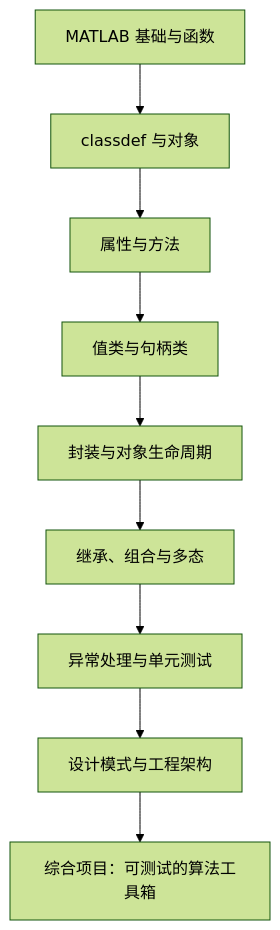
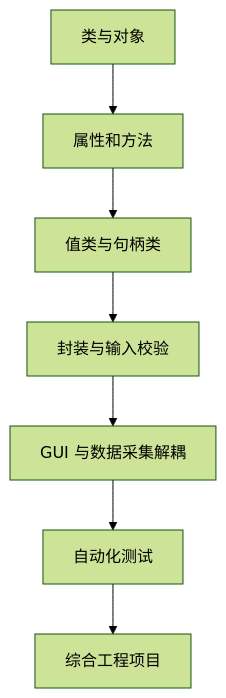
One commit to ilikui/MatlabOOP changed the diagram in README.md. Above: the diagram before and after it, drawn with Mermaid (forest theme). The commit also changed other lines of this file, not shown here.

Commit message:
Update MATLAB OOP repository navigation

````diff
--- a/README.md
+++ b/README.md
@@ -28,11 +7,9 @@
 ```mermaid
 flowchart TD
-    A[MATLAB 基础与函数] --> B[classdef 与对象]
-    B --> C[属性与方法]
-    C --> D[值类与句柄类]
-    D --> E[封装与对象生命周期]
-    E --> F[继承、组合与多态]
-    F --> G[异常处理与单元测试]
-    G --> H[设计模式与工程架构]
-    H --> I[综合项目：可测试的算法工具箱]
+    A[类与对象] --> B[属性和方法]
+    B --> C[值类与句柄类]
+    C --> D[封装与输入校验]
+    D --> E[GUI 与数据采集解耦]
+    E --> F[自动化测试]
+    F --> G[综合工程项目]
 ```
````
